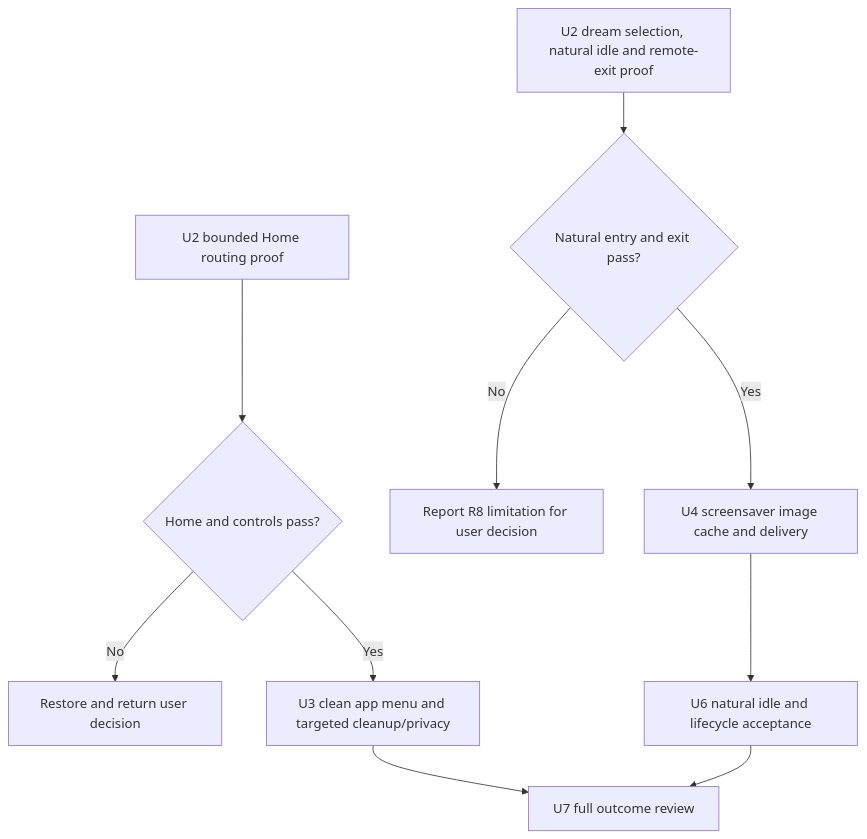
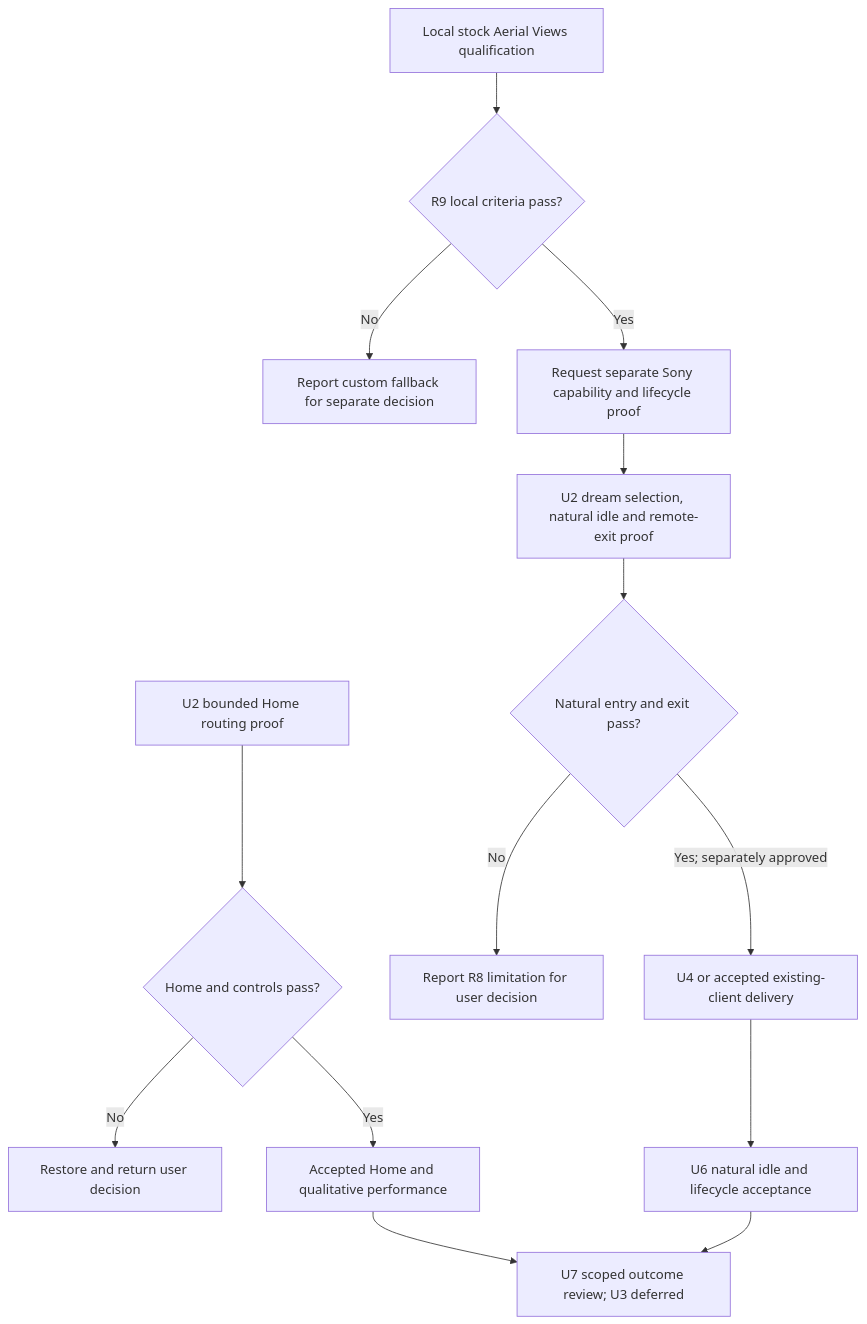
One commit to andres-monge/haystack changed the third of 3 diagrams in docs/plans/2026-10-18-0839-feat-sony-tv-haystack-integration-plan.md. Above: the diagram before and after it, drawn with Mermaid. The commit also changed other lines of this file and 3 other files, not shown here.

First line of the commit message:
docs(tv): reject stale Aerial refresh and defer cleanup

````diff
--- a/docs/plans/2026-10-18-0839-feat-sony-tv-haystack-integration-plan.md
+++ b/docs/plans/2026-10-18-0839-feat-sony-tv-haystack-integration-plan.md
@@ -167,12 +167,16 @@
 ```mermaid
 flowchart TB
   HomeProof[U2 bounded Home routing proof] --> HomeGate{Home and controls pass?}
   HomeGate -->|No| Restore[Restore and return user decision]
-  HomeGate -->|Yes| Cleanup[U3 clean app menu and targeted cleanup/privacy]
+  HomeGate -->|Yes| HomeAccepted[Accepted Home and qualitative performance]
   DreamProof[U2 dream selection, natural idle and remote-exit proof] --> DreamGate{Natural entry and exit pass?}
   DreamGate -->|No| Decide[Report R8 limitation for user decision]
-  DreamGate -->|Yes| Delivery[U4 screensaver image cache and delivery]
+  Qualify[Local stock Aerial Views qualification] --> Candidate{R9 local criteria pass?}
+  Candidate -->|No| Fallback[Report custom fallback for separate decision]
+  Candidate -->|Yes| LiveGate[Request separate Sony capability and lifecycle proof]
+  DreamGate -->|Yes; separately approved| Delivery[U4 or accepted existing-client delivery]
+  LiveGate --> DreamProof
   Delivery --> Idle[U6 natural idle and lifecycle acceptance]
-  Cleanup --> Review[U7 full outcome review]
+  HomeAccepted --> Review[U7 scoped outcome review; U3 deferred]
   Idle --> Review
 ```
````
